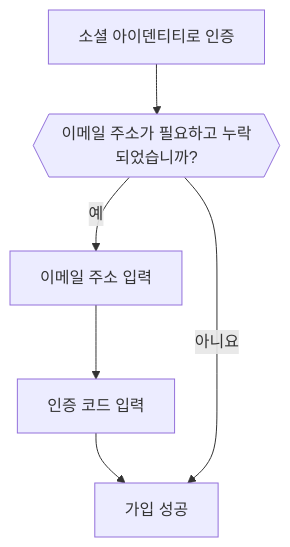
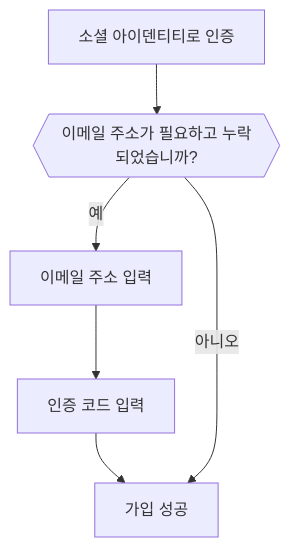
Before and after one commit to logto-io/docs: the fourth of 5 diagrams in i18n/ko/docusaurus-plugin-content-docs/current/end-user-flows/sign-up-and-sign-in/social-sign-in.mdx, drawn with Mermaid. The commit also changed other lines of this file and 2629 other files, not shown here.

````diff
--- a/i18n/ko/docusaurus-plugin-content-docs/current/end-user-flows/sign-up-and-sign-in/social-sign-in.mdx
+++ b/i18n/ko/docusaurus-plugin-content-docs/current/end-user-flows/sign-up-and-sign-in/social-sign-in.mdx
@@ -143,8 +146,8 @@
    ```mermaid
    flowchart TD
       A[소셜 아이덴티티로 인증] --> B{{이메일 주소가 필요하고 누락되었습니까?}}
       B -- 예 --> C[이메일 주소 입력]
       C --> D[인증 코드 입력]
       D --> E[가입 성공]
-      B -- 아니요 --> E
+      B -- 아니오 --> E
    ```
````
